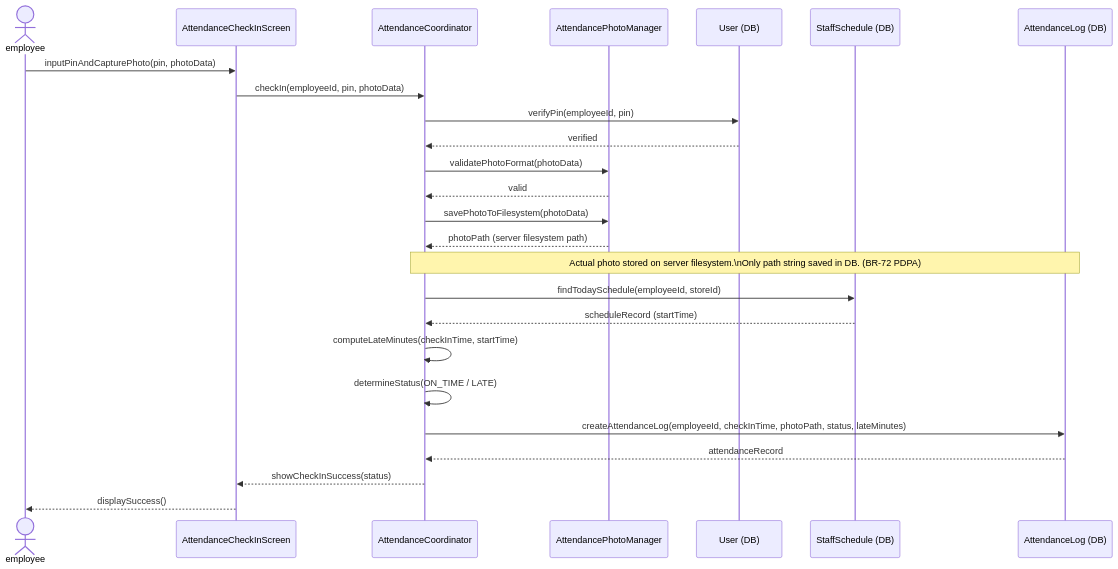
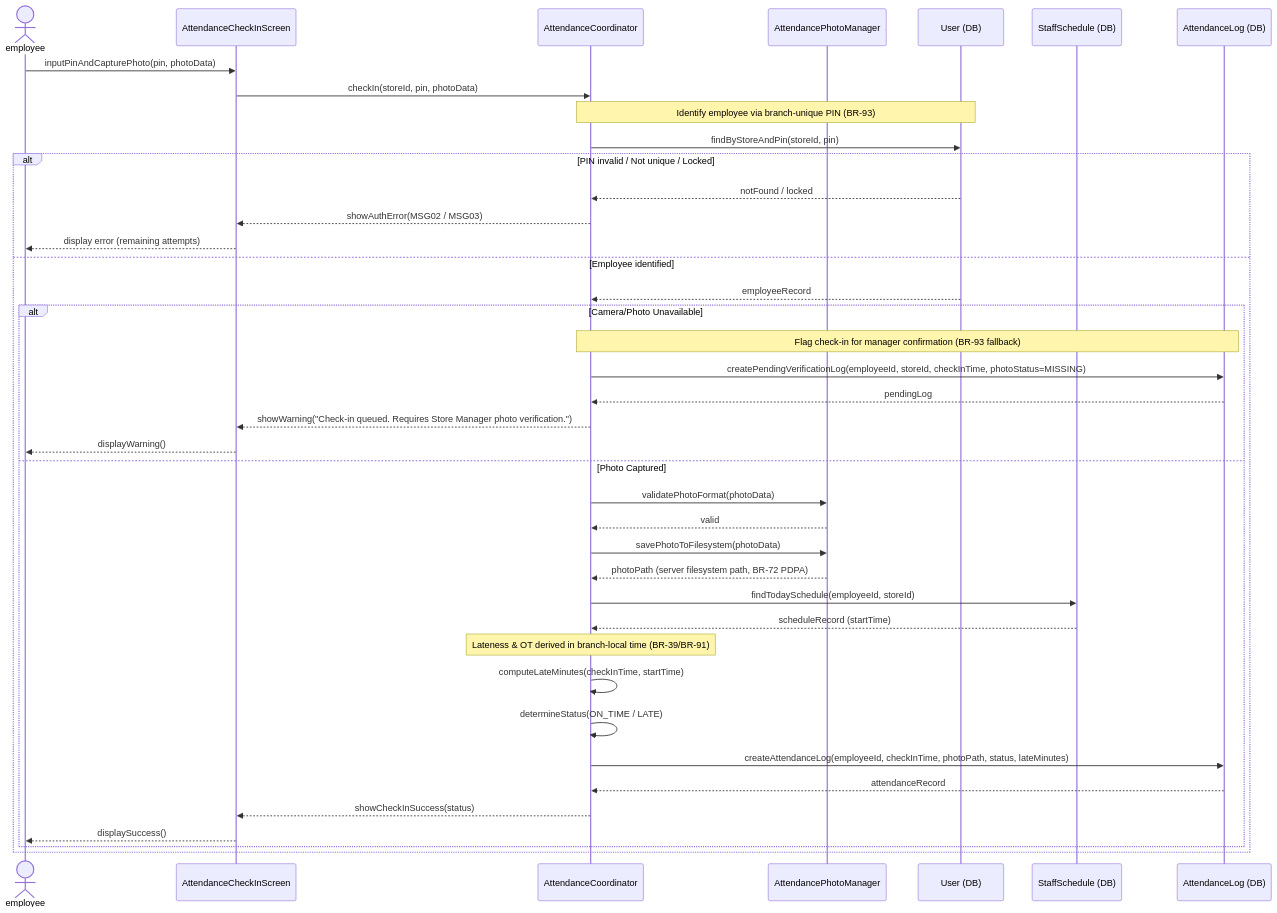
One commit to Shaichi/Khoga_coffe_shop changed the third of 5 diagrams in rds_sections/12_detailed_3_9_staff_management.md. Above: the diagram before and after it, drawn with Mermaid. The commit also changed other lines of this file and 7 other files, not shown here.

Commit message:
docs: sync RDS database and diagrams with SRS and fix inventory deduction logic

````diff
--- a/rds_sections/12_detailed_3_9_staff_management.md
+++ b/rds_sections/12_detailed_3_9_staff_management.md
@@ -138,28 +170,49 @@
 ```mermaid
 sequenceDiagram
     actor employee
     participant CheckInScreen as AttendanceCheckInScreen
     participant AttendCoord as AttendanceCoordinator
     participant PhotoMgr as AttendancePhotoManager
     participant UserDB as User (DB)
     participant ScheduleDB as StaffSchedule (DB)
     participant AttendDB as AttendanceLog (DB)
 
     employee->>CheckInScreen: inputPinAndCapturePhoto(pin, photoData)
-    CheckInScreen->>AttendCoord: checkIn(employeeId, pin, photoData)
-    AttendCoord->>UserDB: verifyPin(employeeId, pin)
-    UserDB-->>AttendCoord: verified
-    AttendCoord->>PhotoMgr: validatePhotoFormat(photoData)
-    PhotoMgr-->>AttendCoord: valid
-    AttendCoord->>PhotoMgr: savePhotoToFilesystem(photoData)
-    PhotoMgr-->>AttendCoord: photoPath (server filesystem path)
-    Note over AttendCoord,AttendDB: Actual photo stored on server filesystem.\nOnly path string saved in DB. (BR-72 PDPA)
-    AttendCoord->>ScheduleDB: findTodaySchedule(employeeId, storeId)
-    ScheduleDB-->>AttendCoord: scheduleRecord (startTime)
-    AttendCoord->>AttendCoord: computeLateMinutes(checkInTime, startTime)
-    AttendCoord->>AttendCoord: determineStatus(ON_TIME / LATE)
-    AttendCoord->>AttendDB: createAttendanceLog(employeeId, checkInTime, photoPath, status, lateMinutes)
-    AttendDB-->>AttendCoord: attendanceRecord
-    AttendCoord-->>CheckInScreen: showCheckInSuccess(status)
-    CheckInScreen-->>employee: displaySuccess()
+    CheckInScreen->>AttendCoord: checkIn(storeId, pin, photoData)
+    
+    Note over AttendCoord, UserDB: Identify employee via branch-unique PIN (BR-93)
+    AttendCoord->>UserDB: findByStoreAndPin(storeId, pin)
+    
+    alt PIN invalid / Not unique / Locked
+        UserDB-->>AttendCoord: notFound / locked
+        AttendCoord-->>CheckInScreen: showAuthError(MSG02 / MSG03)
+        CheckInScreen-->>employee: display error (remaining attempts)
+    else Employee identified
+        UserDB-->>AttendCoord: employeeRecord
+        
+        alt Camera/Photo Unavailable
+            Note over AttendCoord, AttendDB: Flag check-in for manager confirmation (BR-93 fallback)
+            AttendCoord->>AttendDB: createPendingVerificationLog(employeeId, storeId, checkInTime, photoStatus=MISSING)
+            AttendDB-->>AttendCoord: pendingLog
+            AttendCoord-->>CheckInScreen: showWarning("Check-in queued. Requires Store Manager photo verification.")
+            CheckInScreen-->>employee: displayWarning()
+        else Photo Captured
+            AttendCoord->>PhotoMgr: validatePhotoFormat(photoData)
+            PhotoMgr-->>AttendCoord: valid
+            AttendCoord->>PhotoMgr: savePhotoToFilesystem(photoData)
+            PhotoMgr-->>AttendCoord: photoPath (server filesystem path, BR-72 PDPA)
+            
+            AttendCoord->>ScheduleDB: findTodaySchedule(employeeId, storeId)
+            ScheduleDB-->>AttendCoord: scheduleRecord (startTime)
+            
+            Note over AttendCoord: Lateness & OT derived in branch-local time (BR-39/BR-91)
+            AttendCoord->>AttendCoord: computeLateMinutes(checkInTime, startTime)
+            AttendCoord->>AttendCoord: determineStatus(ON_TIME / LATE)
+            
+            AttendCoord->>AttendDB: createAttendanceLog(employeeId, checkInTime, photoPath, status, lateMinutes)
+            AttendDB-->>AttendCoord: attendanceRecord
+            AttendCoord-->>CheckInScreen: showCheckInSuccess(status)
+            CheckInScreen-->>employee: displaySuccess()
+        end
+    end
 ```
````
